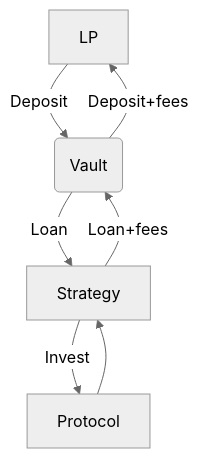
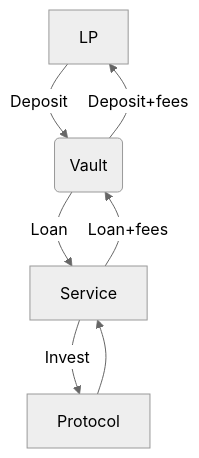
The diagram in docs/protocol-overview/lending.md (Ithil-protocol/docs), drawn with Mermaid (neutral theme) before and after one commit. The commit also changed other lines of this file and 18 other files, not shown here.

````diff
--- a/docs/protocol-overview/lending.md
+++ b/docs/protocol-overview/lending.md
@@ -20,9 +20,9 @@
 ```mermaid
 graph TD
     A[LP] --> |Deposit| B(Vault)
-    B --> |Loan| C[Strategy]
+    B --> |Loan| C[Service]
     C --> |Invest| D[Protocol]
     D --> C
     C --> |Loan+fees| B
     B --> |Deposit+fees| A
 ```
````
